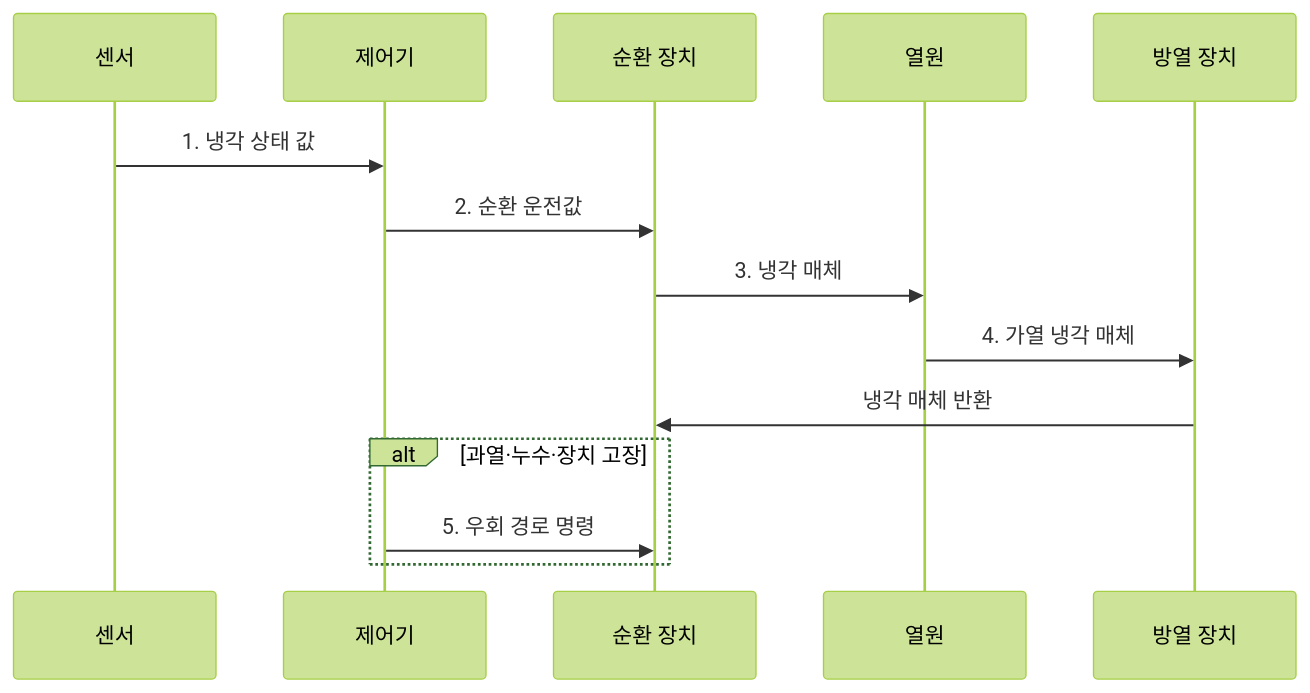
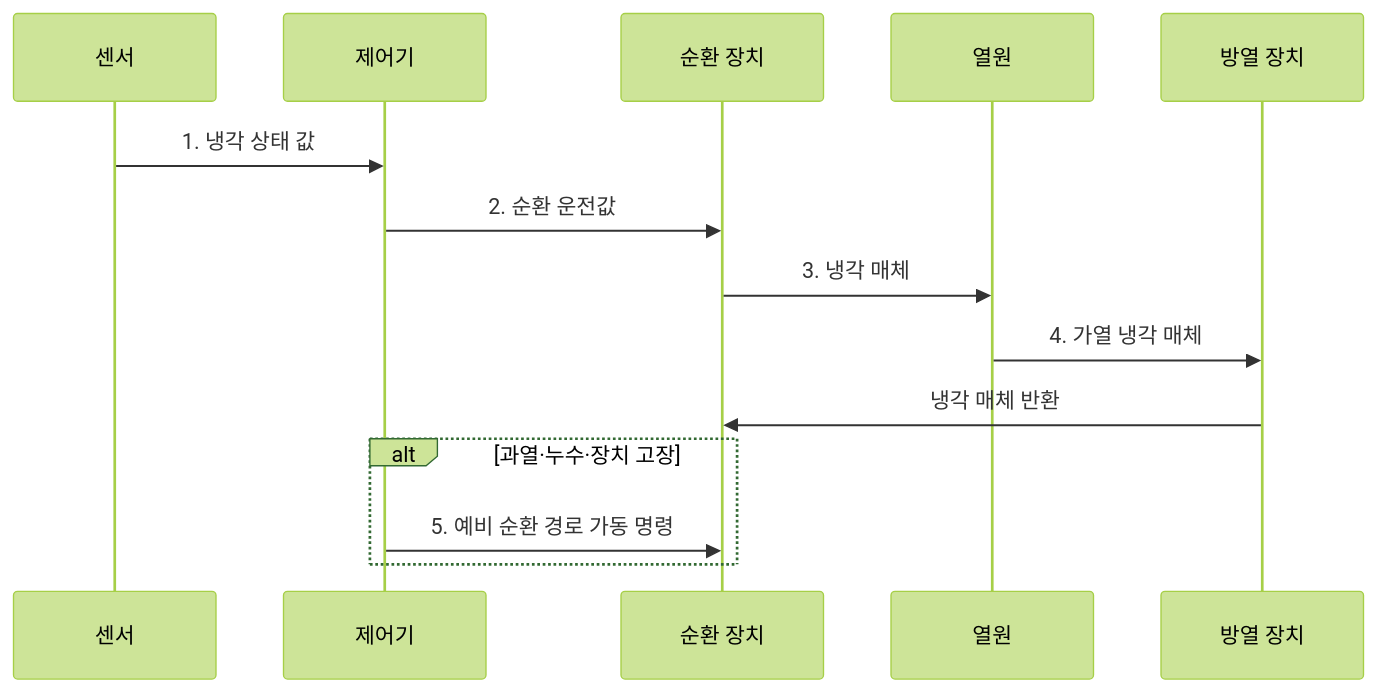
The second of 2 diagrams in src/content/docs/notes/02-hardware/057_cooling_system.md (agnusdei1207/knowledge-base), drawn with Mermaid (forest theme) before and after one commit. The commit also changed other lines of this file and 15 other files, not shown here.

````diff
--- a/src/content/docs/notes/02-hardware/057_cooling_system.md
+++ b/src/content/docs/notes/02-hardware/057_cooling_system.md
@@ -82,17 +82,17 @@
 ```mermaid
 sequenceDiagram
     participant S as 센서
     participant C as 제어기
     participant P as 순환 장치
     participant H as 열원
     participant X as 방열 장치
 
     S->>C: 1. 냉각 상태 값
     C->>P: 2. 순환 운전값
     P->>H: 3. 냉각 매체
     H->>X: 4. 가열 냉각 매체
     X->>P: 냉각 매체 반환
     alt 과열·누수·장치 고장
-        C->>P: 5. 우회 경로 명령
+        C->>P: 5. 예비 순환 경로 가동 명령
     end
 ```
````
